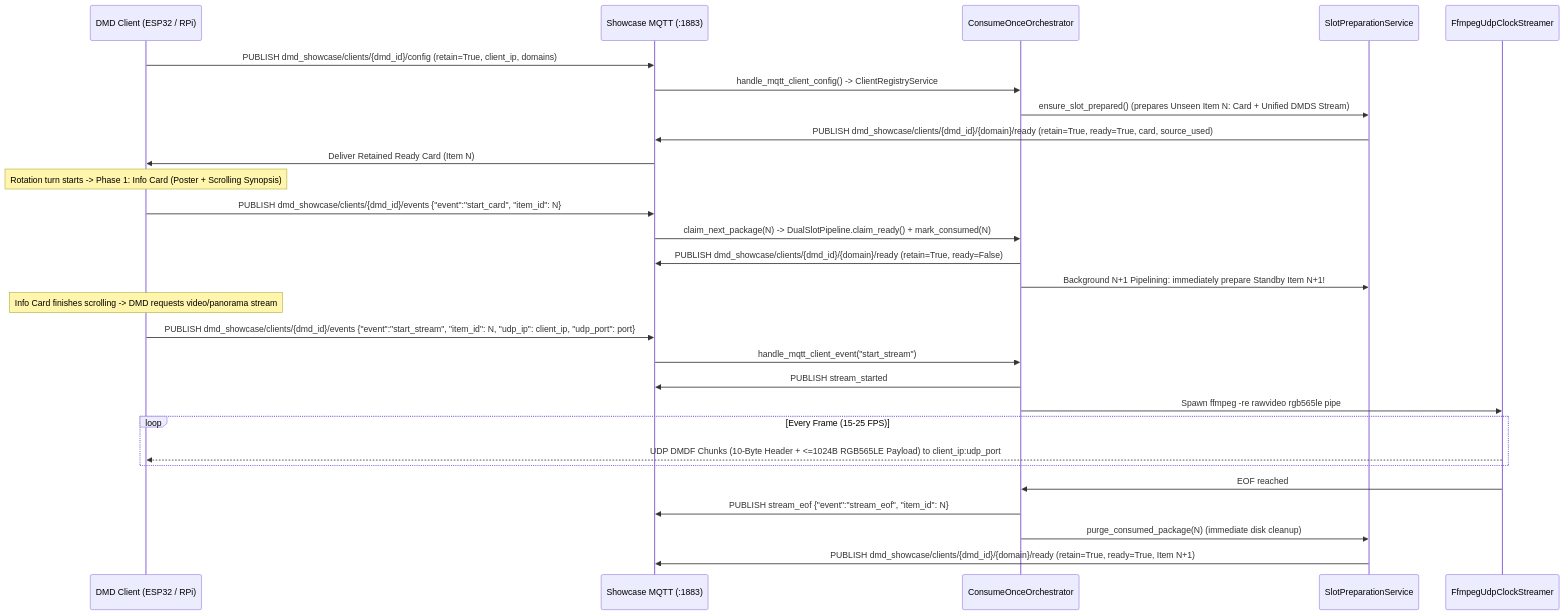
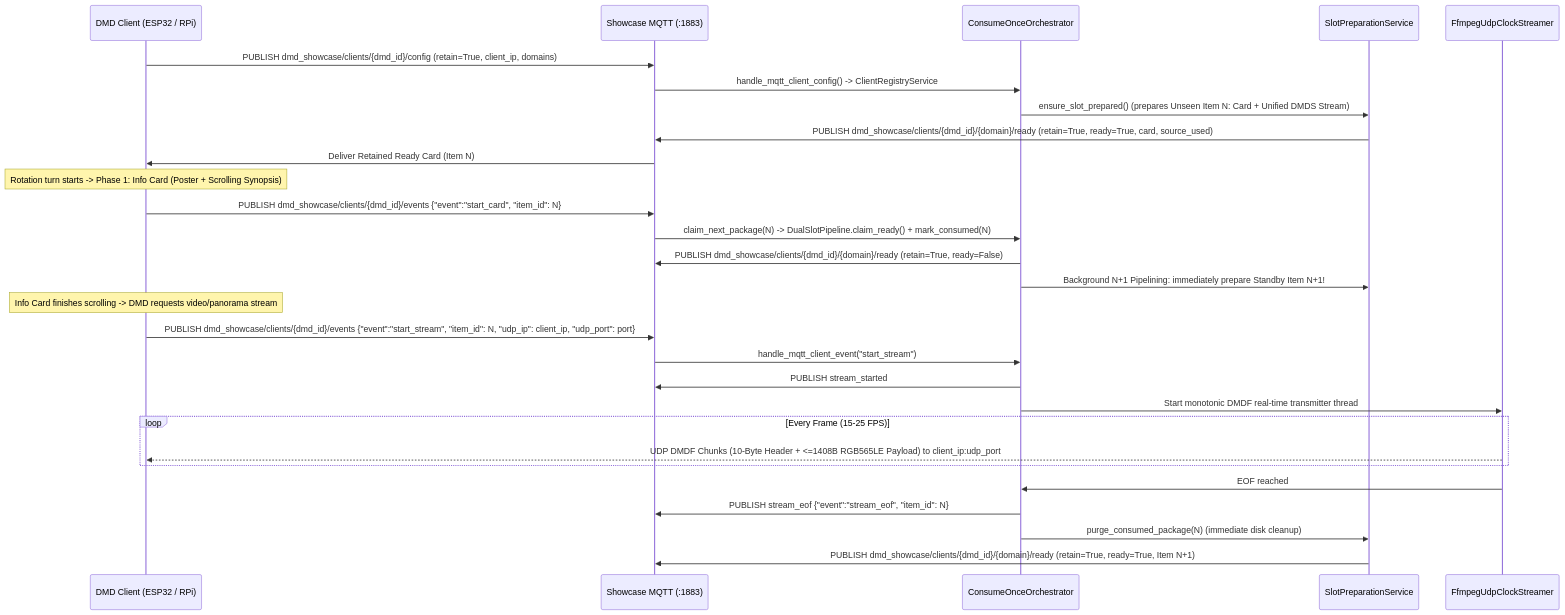
Before and after one commit to red77290/dmd_media_showcase: the second of 2 diagrams in docs/ARCHITECTURE.md, drawn with Mermaid. The commit also changed other lines of this file and 11 other files, not shown here.

First line of the commit message:
perf(streaming): zero-fork 1408B UDP DMDF transmitter and drop-late TCP pacing

````diff
--- a/docs/ARCHITECTURE.md
+++ b/docs/ARCHITECTURE.md
@@ -133,33 +133,33 @@
 ```mermaid
 sequenceDiagram
     participant DMD as DMD Client (ESP32 / RPi)
     participant MQTT as Showcase MQTT (:1883)
     participant ORCH as ConsumeOnceOrchestrator
     participant PREP as SlotPreparationService
     participant FFMPEG as FfmpegUdpClockStreamer
 
     DMD->>MQTT: PUBLISH dmd_showcase/clients/{dmd_id}/config (retain=True, client_ip, domains)
     MQTT->>ORCH: handle_mqtt_client_config() -> ClientRegistryService
     ORCH->>PREP: ensure_slot_prepared() (prepares Unseen Item N: Card + Unified DMDS Stream)
     PREP->>MQTT: PUBLISH dmd_showcase/clients/{dmd_id}/{domain}/ready (retain=True, ready=True, card, source_used)
     MQTT->>DMD: Deliver Retained Ready Card (Item N)
 
     Note over DMD: Rotation turn starts -> Phase 1: Info Card (Poster + Scrolling Synopsis)
     DMD->>MQTT: PUBLISH dmd_showcase/clients/{dmd_id}/events {"event":"start_card", "item_id": N}
     MQTT->>ORCH: claim_next_package(N) -> DualSlotPipeline.claim_ready() + mark_consumed(N)
     ORCH->>MQTT: PUBLISH dmd_showcase/clients/{dmd_id}/{domain}/ready (retain=True, ready=False)
     ORCH->>PREP: Background N+1 Pipelining: immediately prepare Standby Item N+1!
 
     Note over DMD: Info Card finishes scrolling -> DMD requests video/panorama stream
     DMD->>MQTT: PUBLISH dmd_showcase/clients/{dmd_id}/events {"event":"start_stream", "item_id": N, "udp_ip": client_ip, "udp_port": port}
     MQTT->>ORCH: handle_mqtt_client_event("start_stream")
     ORCH->>MQTT: PUBLISH stream_started
-    ORCH->>FFMPEG: Spawn ffmpeg -re rawvideo rgb565le pipe
+    ORCH->>FFMPEG: Start monotonic DMDF real-time transmitter thread
     loop Every Frame (15-25 FPS)
-        FFMPEG-->>DMD: UDP DMDF Chunks (10-Byte Header + <=1024B RGB565LE Payload) to client_ip:udp_port
+        FFMPEG-->>DMD: UDP DMDF Chunks (10-Byte Header + <=1408B RGB565LE Payload) to client_ip:udp_port
     end
     FFMPEG->>ORCH: EOF reached
     ORCH->>MQTT: PUBLISH stream_eof {"event":"stream_eof", "item_id": N}
     ORCH->>PREP: purge_consumed_package(N) (immediate disk cleanup)
     PREP->>MQTT: PUBLISH dmd_showcase/clients/{dmd_id}/{domain}/ready (retain=True, ready=True, Item N+1)
 ```
````
